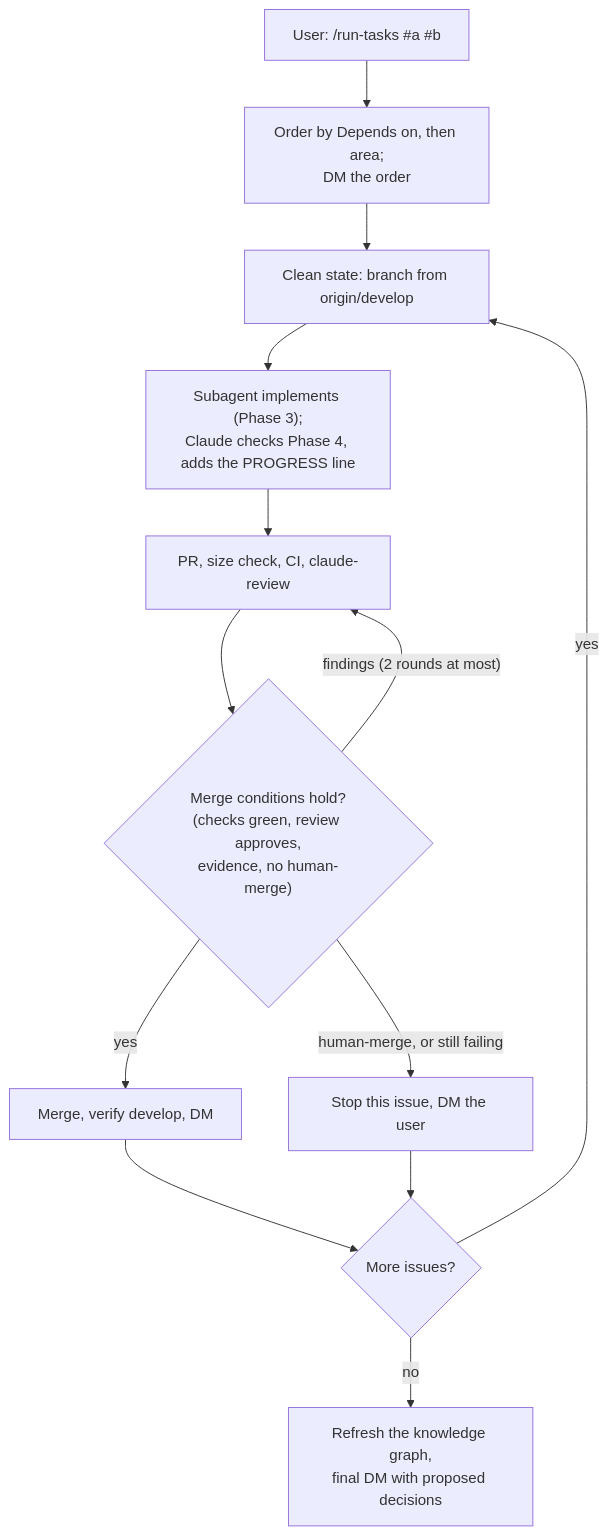
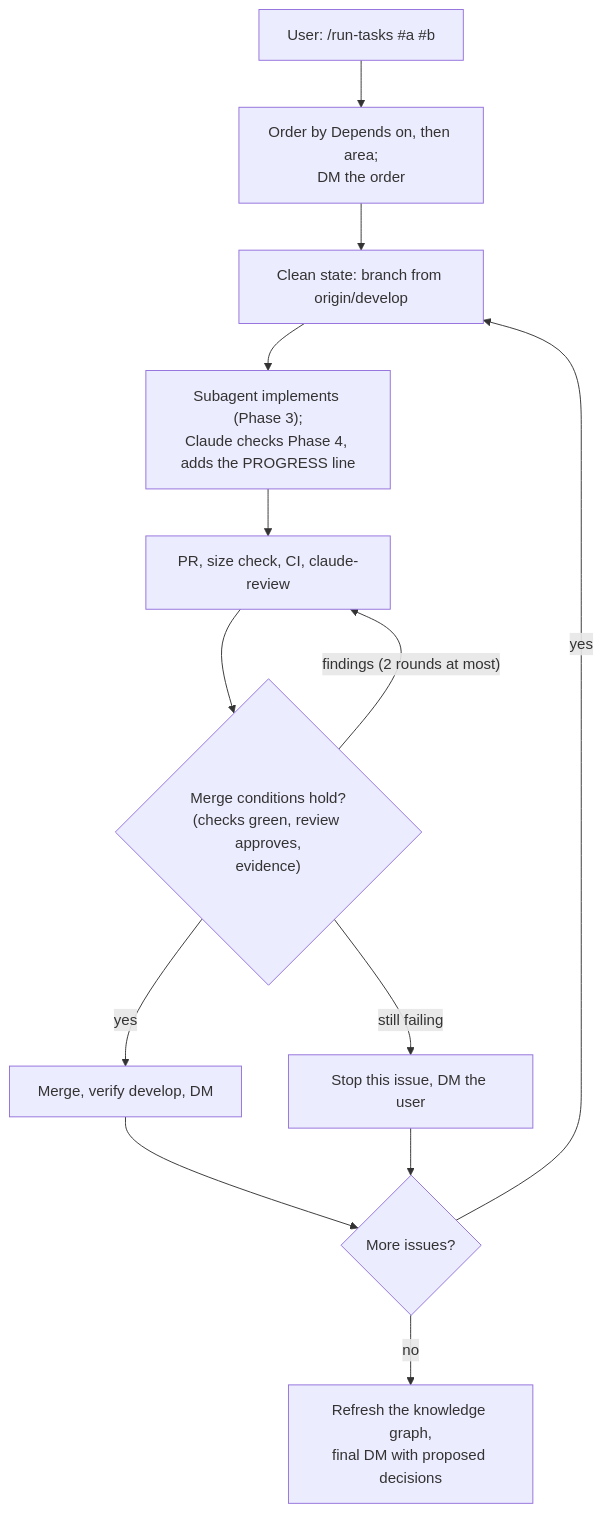
Before and after one commit to huynguyennang-agilityio/claude-code-training: the fifth of 5 diagrams in docs/workflow.md, drawn with Mermaid. The commit also changed other lines of this file and 10 other files, not shown here.

First line of the commit message:
chore(infra): remove the human-merge label rule

````diff
--- a/docs/workflow.md
+++ b/docs/workflow.md
@@ -121,15 +121,15 @@
 ```mermaid
 flowchart TD
     A["User: /run-tasks #a #b"] --> O["Order by Depends on, then area;<br/>DM the order"]
     O --> C["Clean state: branch from origin/develop"]
     C --> I["Subagent implements (Phase 3);<br/>Claude checks Phase 4, adds the PROGRESS line"]
     I --> P["PR, size check, CI, claude-review"]
-    P --> F{"Merge conditions hold?<br/>(checks green, review approves,<br/>evidence, no human-merge)"}
+    P --> F{"Merge conditions hold?<br/>(checks green, review approves,<br/>evidence)"}
     F -- "findings (2 rounds at most)" --> P
-    F -- "human-merge, or still failing" --> S["Stop this issue, DM the user"]
+    F -- "still failing" --> S["Stop this issue, DM the user"]
     F -- yes --> M["Merge, verify develop, DM"]
     M --> N{"More issues?"}
     S --> N
     N -- yes --> C
     N -- no --> E["Refresh the knowledge graph,<br/>final DM with proposed decisions"]
 ```
````
